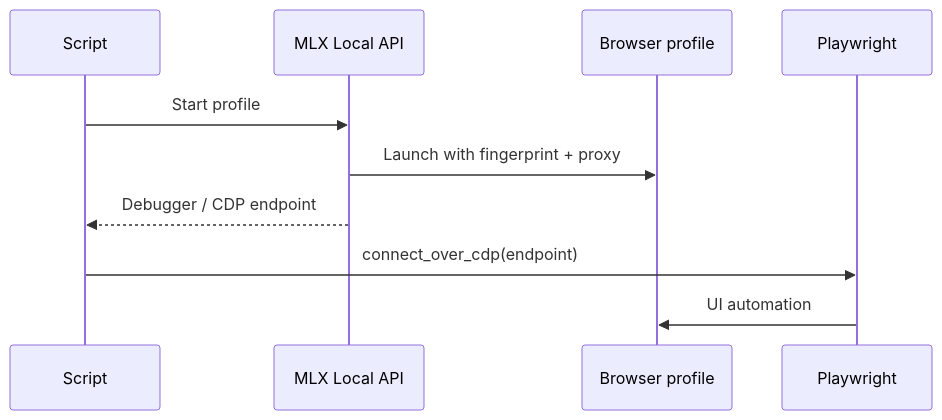
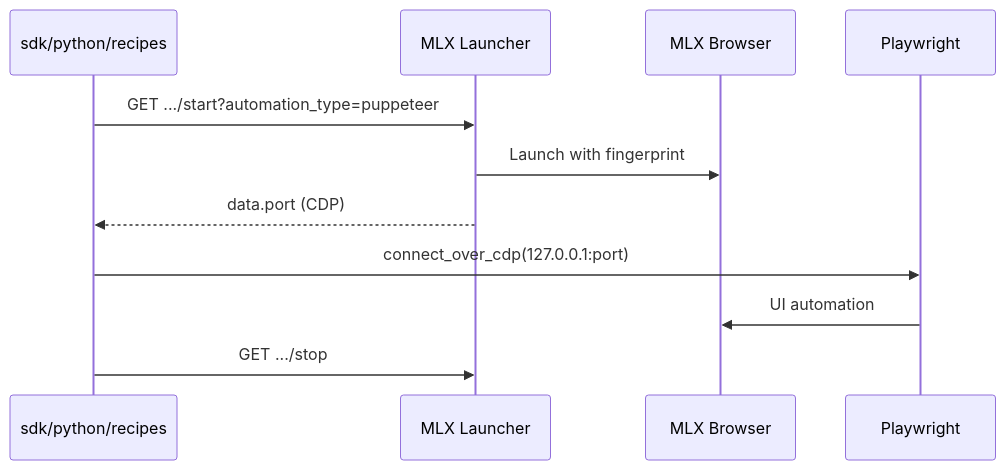
Before and after one commit to Anti-detect/Anti-detect: the diagram in docs/playwright-mlx-integration.md, drawn with Mermaid. The commit also changed other lines of this file and 45 other files, not shown here.

````diff
--- a/docs/playwright-mlx-integration.md
+++ b/docs/playwright-mlx-integration.md
@@ -13,12 +13,13 @@
 ```mermaid
 sequenceDiagram
-  participant S as Script
-  participant API as MLX Local API
-  participant B as Browser profile
+  participant S as sdk/python/recipes
+  participant API as MLX Launcher
+  participant B as MLX Browser
   participant PW as Playwright
-  S->>API: Start profile
-  API->>B: Launch with fingerprint + proxy
-  API-->>S: Debugger / CDP endpoint
-  S->>PW: connect_over_cdp(endpoint)
+  S->>API: GET .../start?automation_type=puppeteer
+  API->>B: Launch with fingerprint
+  API-->>S: data.port (CDP)
+  S->>PW: connect_over_cdp(127.0.0.1:port)
   PW->>B: UI automation
+  S->>API: GET .../stop
 ```
````
